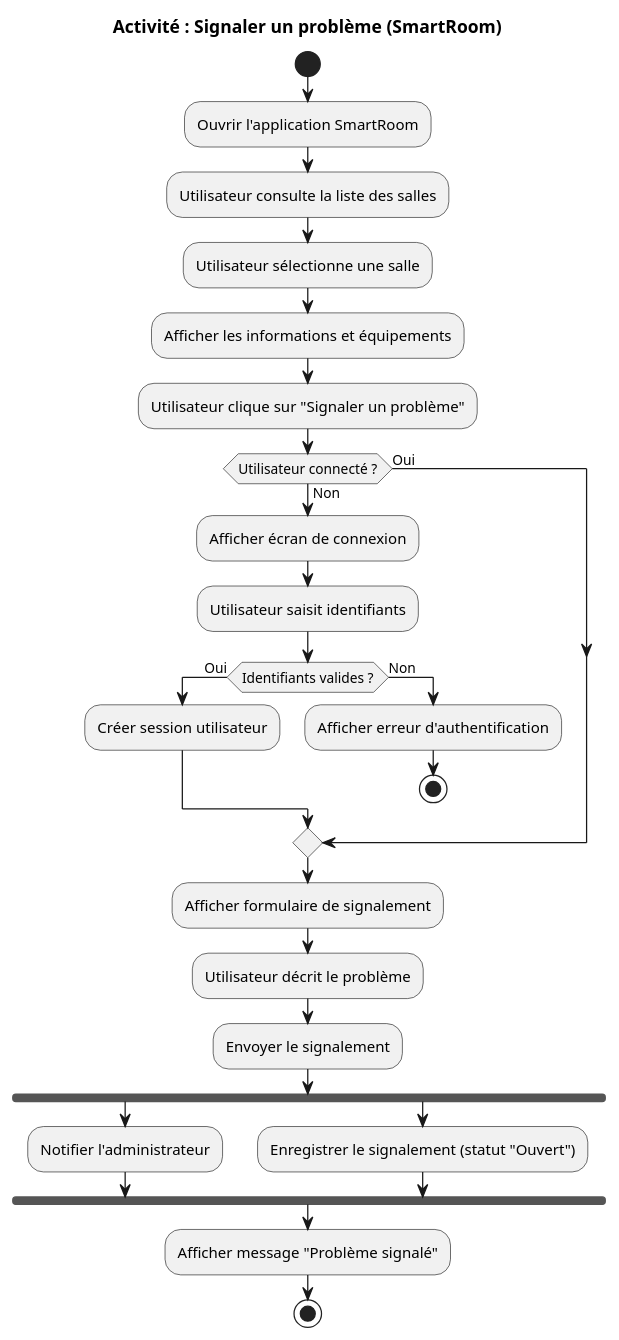
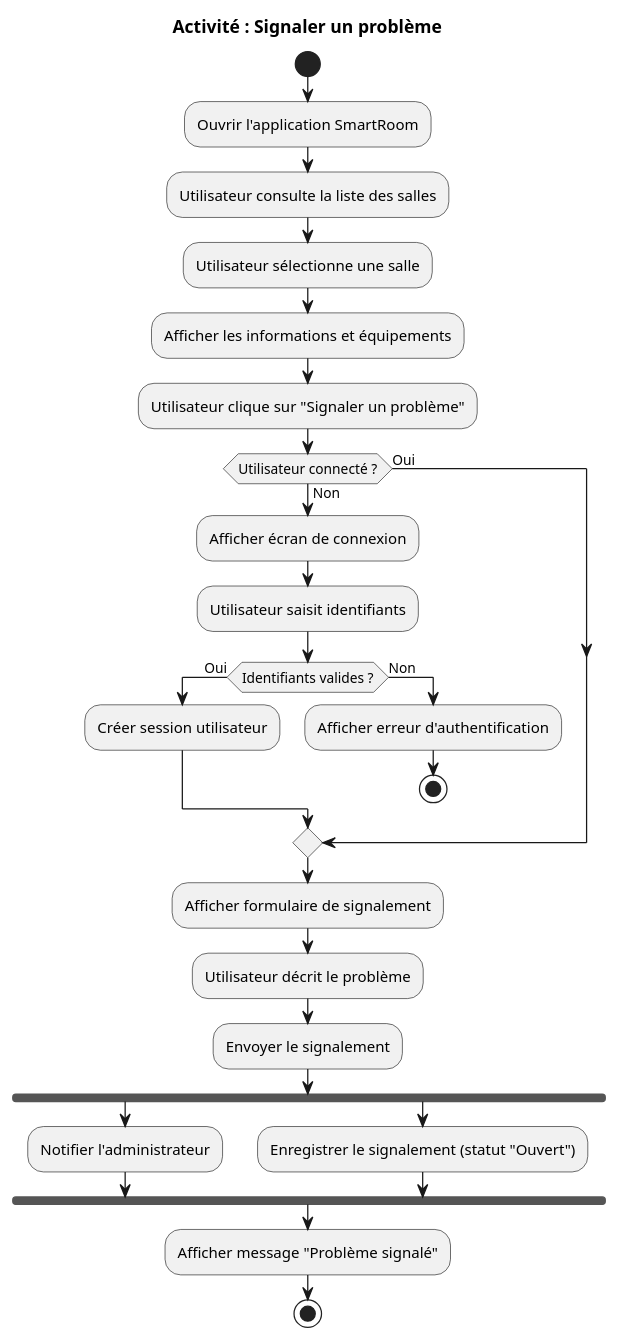
The diagram in uml-diagrams/process-view/SmartRoom_Activity_ReportIssue_Detailed.puml (Antoine-NVE/smart-room), drawn with PlantUML before and after one commit. The commit also changed 7 other files, not shown here.

Commit message:
docs: update uml diagram usecase with Kano & MoSCoW

```diff
--- a/uml-diagrams/process-view/SmartRoom_Activity_ReportIssue_Detailed.puml
+++ b/uml-diagrams/process-view/SmartRoom_Activity_ReportIssue_Detailed.puml
@@ -1,39 +1,39 @@
 @startuml SmartRoom_Activity_ReportIssue_Detailed
-title Activité : Signaler un problème (SmartRoom)
+title Activité : Signaler un problème
 
 start
 
 :Ouvrir l'application SmartRoom;
 :Utilisateur consulte la liste des salles;
 :Utilisateur sélectionne une salle;
 :Afficher les informations et équipements;
 
 :Utilisateur clique sur "Signaler un problème";
 
 if (Utilisateur connecté ?) then (Oui)
 else (Non)
     :Afficher écran de connexion;
     :Utilisateur saisit identifiants;
     
     if (Identifiants valides ?) then (Oui)
         :Créer session utilisateur;
     else (Non)
         :Afficher erreur d'authentification;
         stop
     endif
 endif
 
 :Afficher formulaire de signalement;
 :Utilisateur décrit le problème;
 :Envoyer le signalement;
 
 fork
     :Notifier l'administrateur;
 fork again
     :Enregistrer le signalement (statut "Ouvert");
 end fork
 
 :Afficher message "Problème signalé";
 stop
 
 @enduml
```
